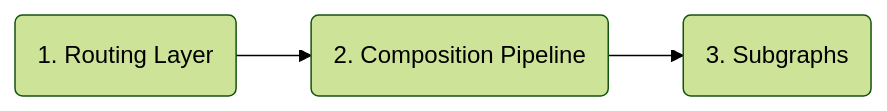
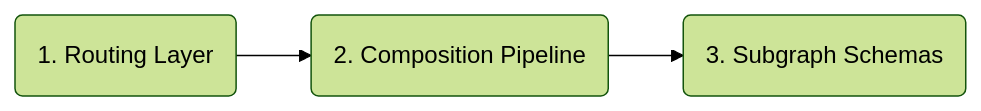
One commit to apollographql/docs changed the second of 2 diagrams in src/content/graphos/graphs/updating.mdx. Above: the diagram before and after it, drawn with Mermaid (forest theme). The commit also changed other lines of this file and 2 other files, not shown here.

Commit message:
Article on updating graphs ready for more review

````diff
--- a/src/content/graphos/graphs/updating.mdx
+++ b/src/content/graphos/graphs/updating.mdx
@@ -36,6 +37,6 @@
 ```mermaid
 graph LR;
   router(1. Routing Layer)
   router --> pipeline(2. Composition Pipeline);
-  pipeline --> subgrahs(3. Subgraphs);
+  pipeline --> subgrahs(3. Subgraph Schemas);
 ```
````
